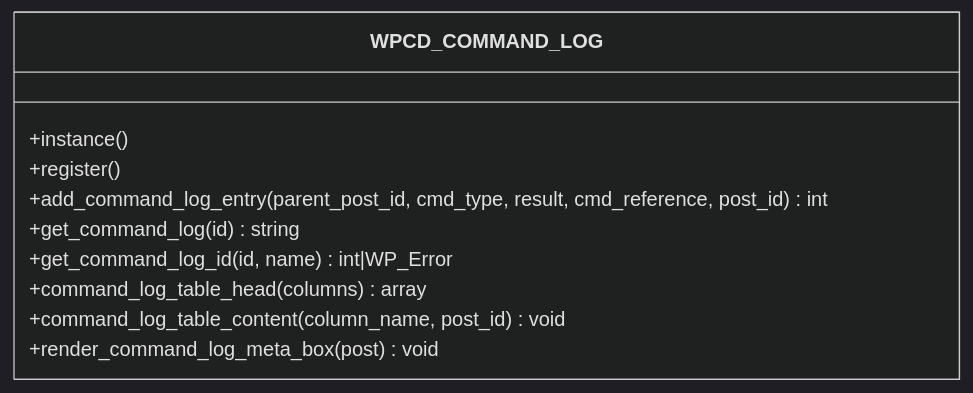
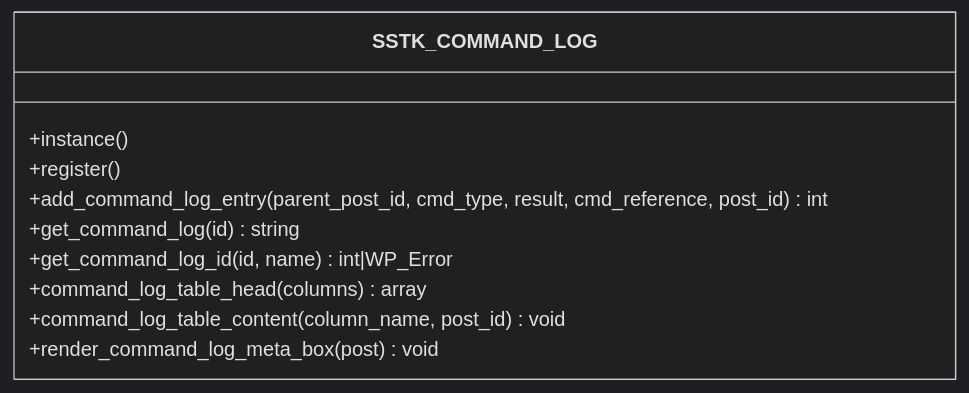
The third of 6 diagrams in .qoder/repowiki/en/content/Logging & Monitoring/Command Execution Logging.md (onedogsolutions/simple-stack), drawn with Mermaid (dark theme) before and after one commit. The commit also changed other lines of this file and 5941 other files, not shown here.

````diff
--- a/.qoder/repowiki/en/content/Logging & Monitoring/Command Execution Logging.md
+++ b/.qoder/repowiki/en/content/Logging & Monitoring/Command Execution Logging.md
@@ -140,13 +140,13 @@
 ```mermaid
 classDiagram
-class WPCD_COMMAND_LOG {
+class SSTK_COMMAND_LOG {
 +instance()
 +register()
 +add_command_log_entry(parent_post_id, cmd_type, result, cmd_reference, post_id) int
 +get_command_log(id) string
 +get_command_log_id(id, name) int|WP_Error
 +command_log_table_head(columns) array
 +command_log_table_content(column_name, post_id) void
 +render_command_log_meta_box(post) void
 }
 ```
````
